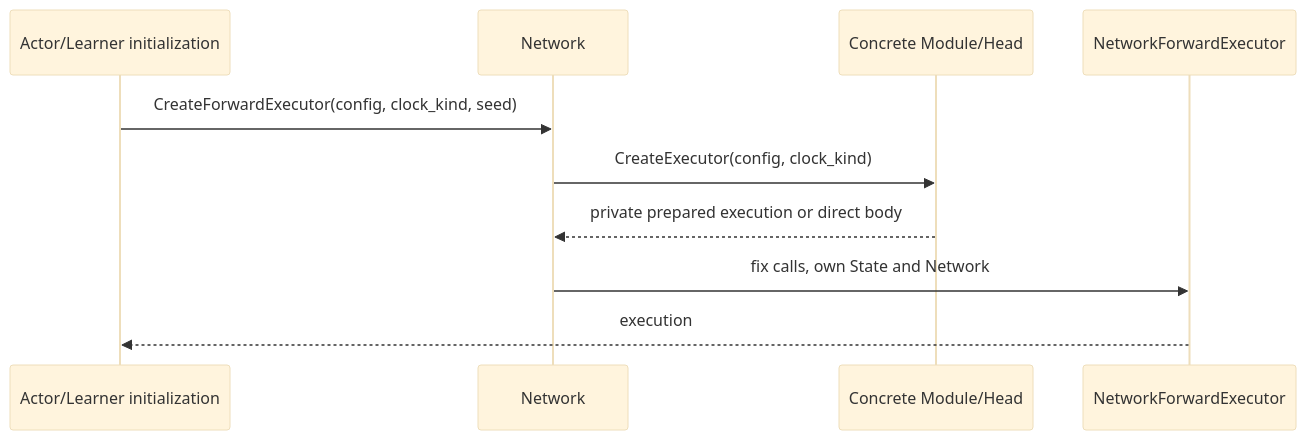
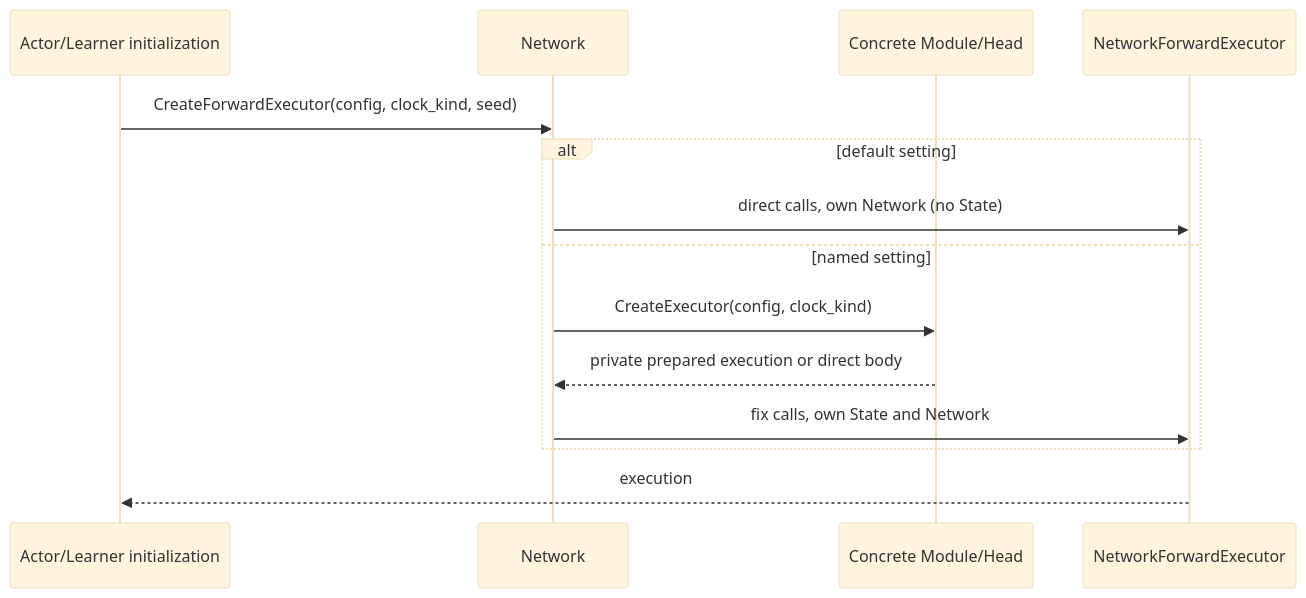
The third of 4 diagrams in docs/design/130_neural_networks.en.md (kazukin123/anet-lab), drawn with Mermaid (base theme) before and after one commit. The commit also changed other lines of this file and 22 other files, not shown here.

````diff
--- a/docs/design/130_neural_networks.en.md
+++ b/docs/design/130_neural_networks.en.md
@@ -237,12 +235,16 @@
 ```mermaid
 sequenceDiagram
     participant C as Actor/Learner initialization
     participant N as Network
     participant M as Concrete Module/Head
     participant E as NetworkForwardExecutor
     C->>N: CreateForwardExecutor(config, clock_kind, seed)
-    N->>M: CreateExecutor(config, clock_kind)
-    M-->>N: private prepared execution or direct body
-    N->>E: fix calls, own State and Network
+    alt default setting
+        N->>E: direct calls, own Network (no State)
+    else named setting
+        N->>M: CreateExecutor(config, clock_kind)
+        M-->>N: private prepared execution or direct body
+        N->>E: fix calls, own State and Network
+    end
     E-->>C: execution
 ```
````
